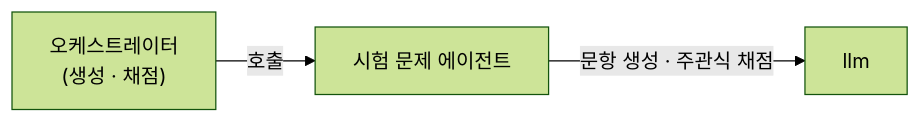
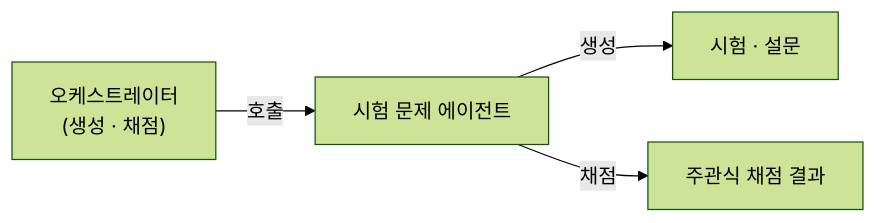
Before and after one commit to Doc-AI-Agent-development/Doc-AI-Agent-development.github.io: the first of 2 diagrams in docs/agents/exam_generation.md, drawn with Mermaid (forest theme). The commit also changed 3 other files, not shown here.

First line of the commit message:
Refine 4 agent diagrams and wording

````diff
--- a/docs/agents/exam_generation.md
+++ b/docs/agents/exam_generation.md
@@ -24,5 +24,6 @@
 ```mermaid
 flowchart LR
     ORCH["오케스트레이터<br/>(생성 · 채점)"] -->|"호출"| SVC["시험 문제 에이전트"]
-    SVC -->|"문항 생성 · 주관식 채점"| LLM["llm"]
+    SVC -->|"생성"| OUT1["시험 · 설문"]
+    SVC -->|"채점"| OUT2["주관식 채점 결과"]
 ```
````
